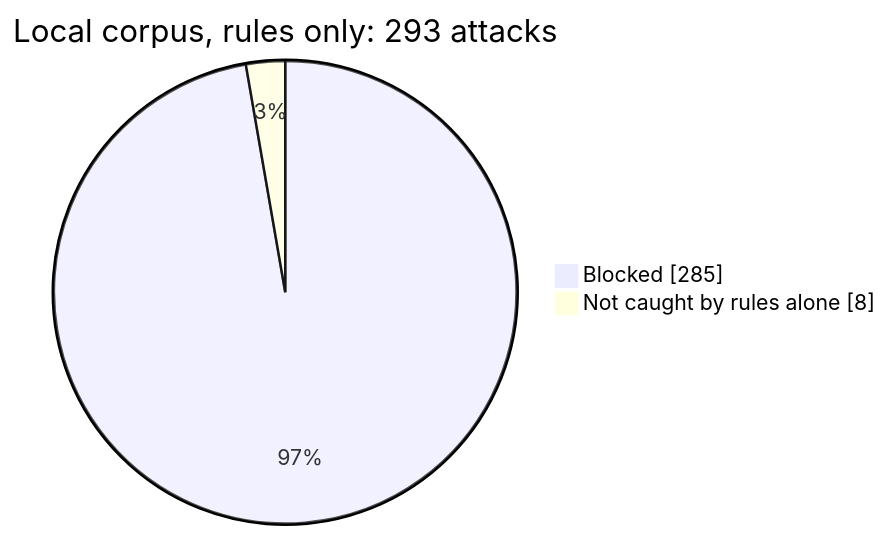
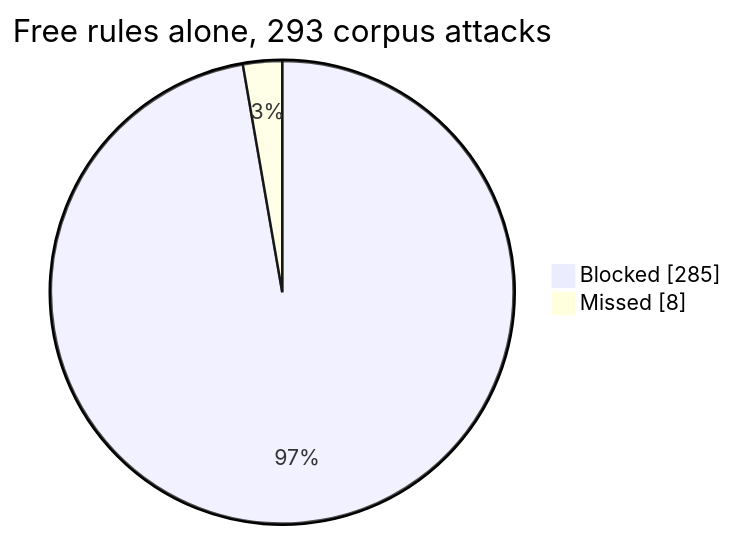
Before and after one commit to mastyf-ai/mastyf.ai: the fourth of 6 diagrams in README.md, drawn with Mermaid. The commit also changed other lines of this file and 21 other files, not shown here.

````diff
--- a/README.md
+++ b/README.md
@@ -370,6 +319,6 @@
 ```mermaid
 pie showData
-  title Local corpus, rules only: 293 attacks
+  title Free rules alone, 293 corpus attacks
   "Blocked" : 285
-  "Not caught by rules alone" : 8
+  "Missed" : 8
 ```
````
